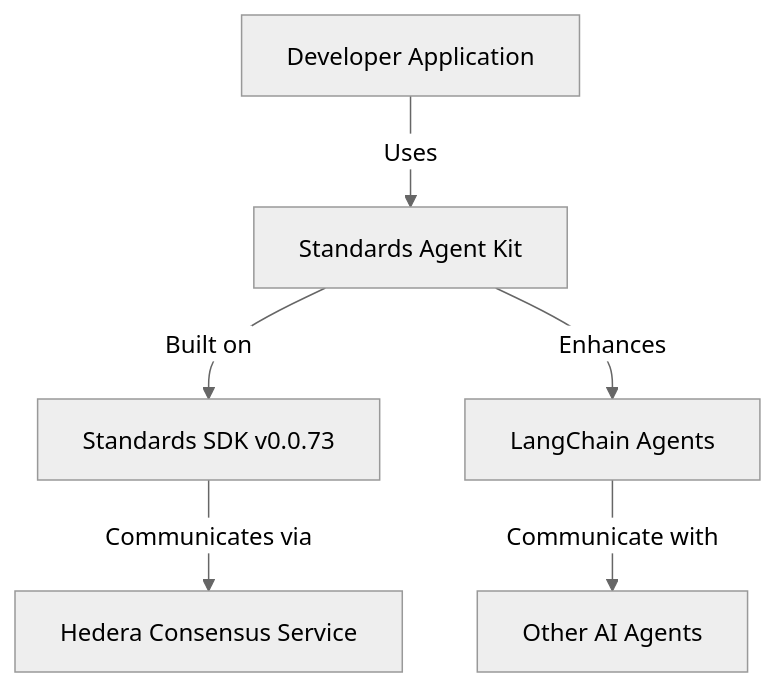
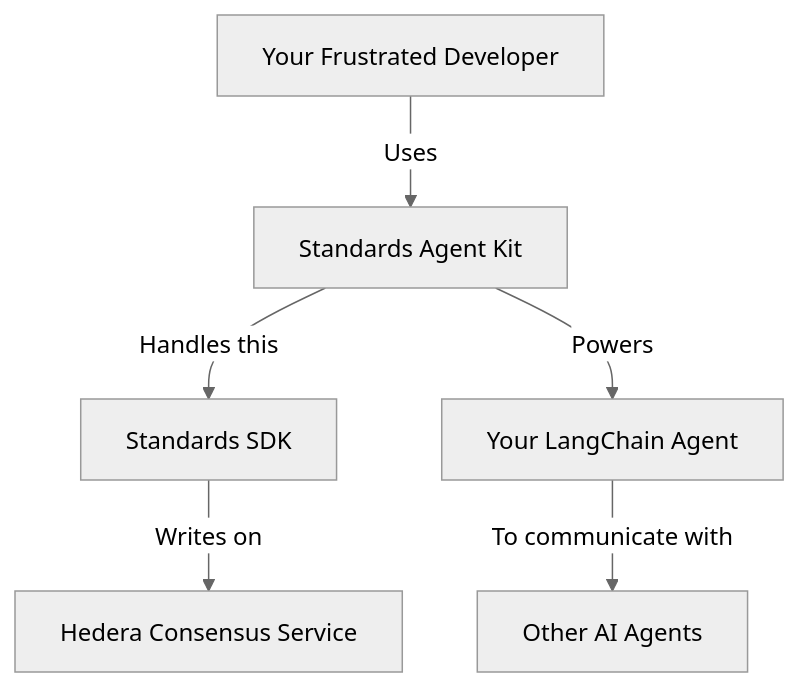
One commit to hashgraph-online/hcs-improvement-proposals changed the first of 4 diagrams in blog/updates/2025-04-10-hashgraph-online-agent-kit-launch.md. Above: the diagram before and after it, drawn with Mermaid (neutral theme). The commit also changed other lines of this file and 1 other file, not shown here.

Commit message:
fix: update blog post

````diff
--- a/blog/updates/2025-04-10-hashgraph-online-agent-kit-launch.md
+++ b/blog/updates/2025-04-10-hashgraph-online-agent-kit-launch.md
@@ -22,8 +22,8 @@
 ```mermaid
 graph TD;
-    A[Developer Application] -->|"Uses"| B[Standards Agent Kit]
-    B -->|"Built on"| C[Standards SDK v0.0.73]
-    C -->|"Communicates via"| D[Hedera Consensus Service]
-    B -->|"Enhances"| E[LangChain Agents]
-    E -->|"Communicate with"| F[Other AI Agents]
+    A[Your Frustrated Developer] -->|"Uses"| B[Standards Agent Kit]
+    B -->|"Handles this"| C[Standards SDK]
+    C -->|"Writes on"| D[Hedera Consensus Service]
+    B -->|"Powers"| E[Your LangChain Agent]
+    E -->|"To communicate with"| F[Other AI Agents]
 ```
````
